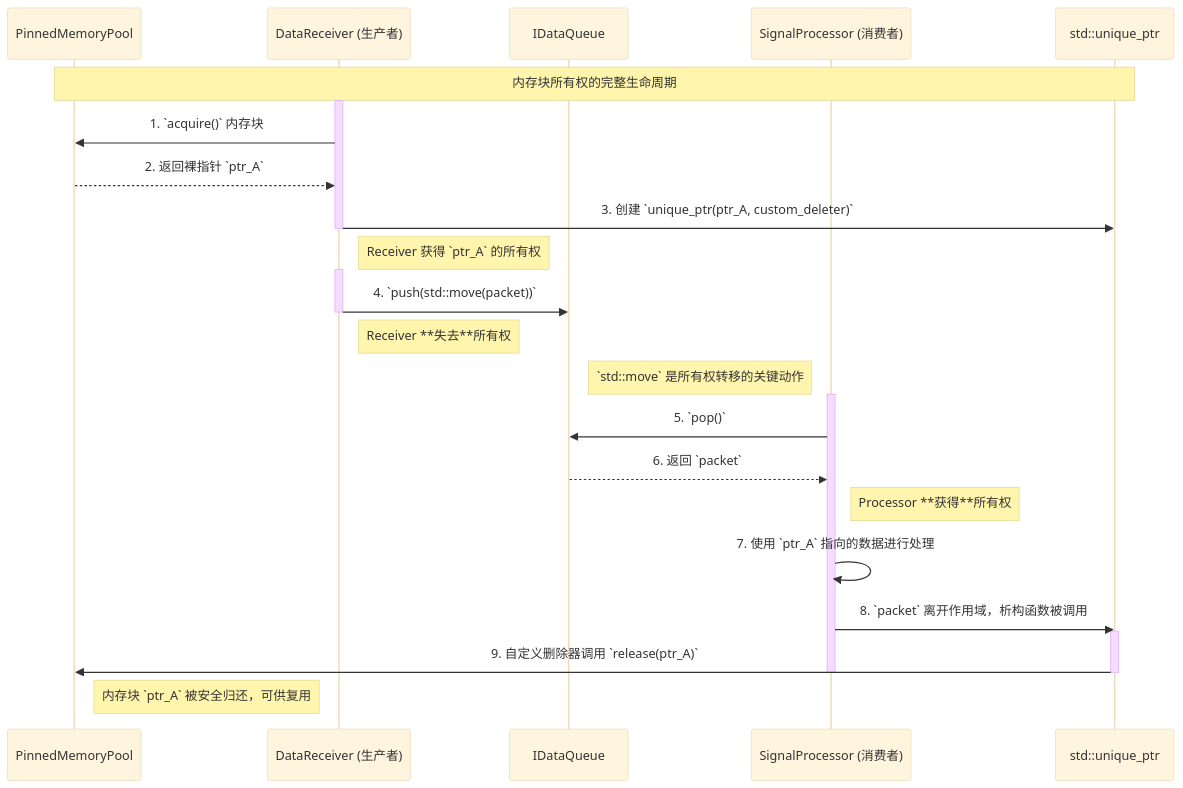
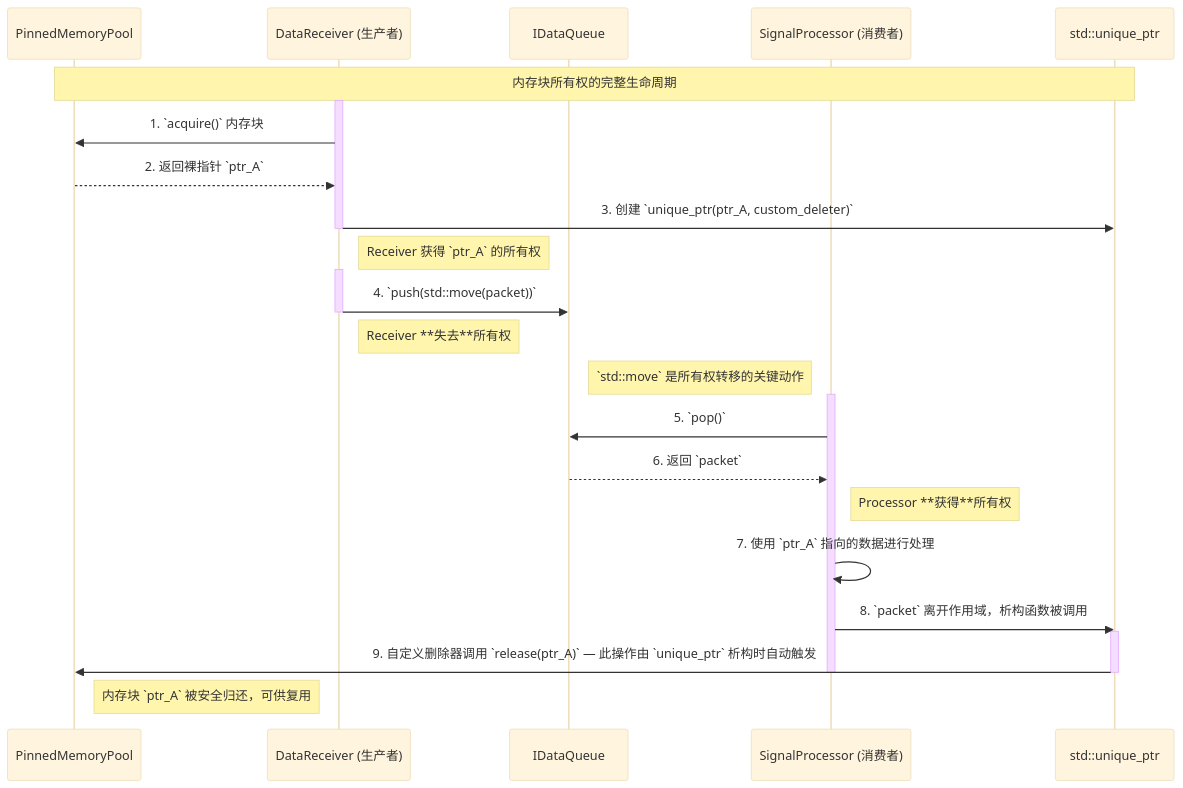
The second of 4 diagrams in docs/01_项目设计/04_数据架构/01_数据流设计.md (wendizhou99-cell/Radar), drawn with Mermaid before and after one commit. The commit also changed other lines of this file and 10 other files, not shown here.

````diff
--- a/docs/01_项目设计/04_数据架构/01_数据流设计.md
+++ b/docs/01_项目设计/04_数据架构/01_数据流设计.md
@@ -231,46 +232,46 @@
 ```mermaid
 ---
   config:
     theme: base
     flowchart:
       curve: basis
 ---
 sequenceDiagram
     participant Pool as PinnedMemoryPool
     participant Receiver as DataReceiver (生产者)
     participant Queue as IDataQueue
     participant Processor as SignalProcessor (消费者)
     participant Packet as std::unique_ptr
 
     Note over Pool, Packet: 内存块所有权的完整生命周期
 
     %% 1. 申请 (Acquire)
     activate Receiver
     Receiver->>Pool: 1. `acquire()` 内存块
     Pool-->>Receiver: 2. 返回裸指针 `ptr_A`
     Receiver->>Packet: 3. 创建 `unique_ptr(ptr_A, custom_deleter)`
     deactivate Receiver
     Note right of Receiver: Receiver 获得 `ptr_A` 的所有权
 
     %% 2. 转移 (Move)
     activate Receiver
     Receiver->>Queue: 4. `push(std::move(packet))`
     deactivate Receiver
     Note right of Receiver: Receiver **失去**所有权
     Note right of Queue: `std::move` 是所有权转移的关键动作
 
     %% 3. 消费 (Consume)
     activate Processor
     Processor->>Queue: 5. `pop()`
     Queue-->>Processor: 6. 返回 `packet`
     Note right of Processor: Processor **获得**所有权
     Processor->>Processor: 7. 使用 `ptr_A` 指向的数据进行处理
 
     %% 4. 归还 (Release)
     Processor->>Packet: 8. `packet` 离开作用域，析构函数被调用
     activate Packet
-    Packet->>Pool: 9. 自定义删除器调用 `release(ptr_A)`
+  Packet->>Pool: 9. 自定义删除器调用 `release(ptr_A)` — 此操作由 `unique_ptr` 析构时自动触发
     deactivate Packet
     deactivate Processor
     Note right of Pool: 内存块 `ptr_A` 被安全归还，可供复用
 ```
````
